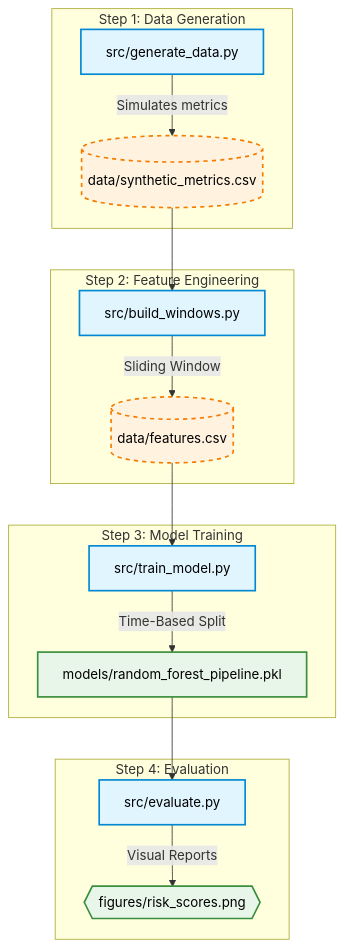
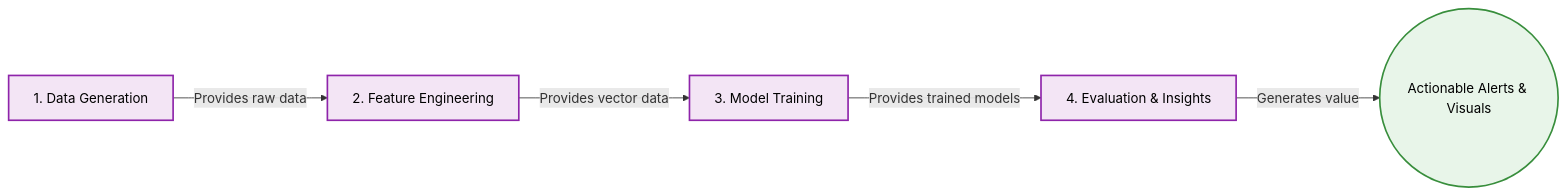
Before and after one commit to JinTonikCZ/cloud-metrics-incident-prediction: the diagram in README.md, drawn with Mermaid. The commit also changed other lines of this file, not shown here.

````diff
--- a/README.md
+++ b/README.md
@@ -73,26 +73,19 @@
 ```mermaid
-flowchart TD
-    %% Define styles for different node types
-    classDef process fill:#e1f5fe,stroke:#0288d1,stroke-width:2px,color:#000;
-    classDef data fill:#fff3e0,stroke:#f57c00,stroke-width:2px,stroke-dasharray: 5 5,color:#000;
-    classDef artifact fill:#e8f5e9,stroke:#388e3c,stroke-width:2px,color:#000;
+flowchart LR
+    %% High-level architecture styles
+    classDef phase fill:#f3e5f5,stroke:#8e24aa,stroke-width:2px,color:#000;
+    classDef output fill:#e8f5e9,stroke:#388e3c,stroke-width:2px,color:#000;
 
-    subgraph Step 1: Data Generation
-        A[src/generate_data.py]:::process -->|Simulates metrics| B[(data/synthetic_metrics.csv)]:::data
-    end
+    %% Main flow with descriptive edge labels
+    A[1. Data Generation]:::phase -->|Provides raw data| B[2. Feature Engineering]:::phase
+    B -->|Provides vector data| C[3. Model Training]:::phase
+    C -->|Provides trained models| D[4. Evaluation & Insights]:::phase
 
-    subgraph Step 2: Feature Engineering
-        B --> C[src/build_windows.py]:::process
-        C -->|Sliding Window| D[(data/features.csv)]:::data
-    end
+    D -->|Generates value| E((Actionable Alerts & Visuals)):::output
 
-    subgraph Step 3: Model Training
-        D --> F[src/train_model.py]:::process
-        F -->|Time-Based Split| G[models/random_forest_pipeline.pkl]:::artifact
-    end
-
-    subgraph Step 4: Evaluation
-        G --> J[src/evaluate.py]:::process
-        J -->|Visual Reports| L{{figures/risk_scores.png}}:::artifact
-    end
+    %% Contextual notes (as descriptive comments)
+    %% Note1: Phase 1 simulates the cloud environment, injecting errors and anomalies based on statistical rules.
+    %% Note2: Phase 2 compresses 30 minutes of time-series data into logical features (mean, std) suitable for ML.
+    %% Note3: Phase 3 applies Machine Learning (e.g., Random Forest) while strictly avoiding Data Leakage.
+    %% Note4: Phase 4 validates business value, focusing on alert fatigue (Precision) and missed incidents (Recall).
 ```
````
